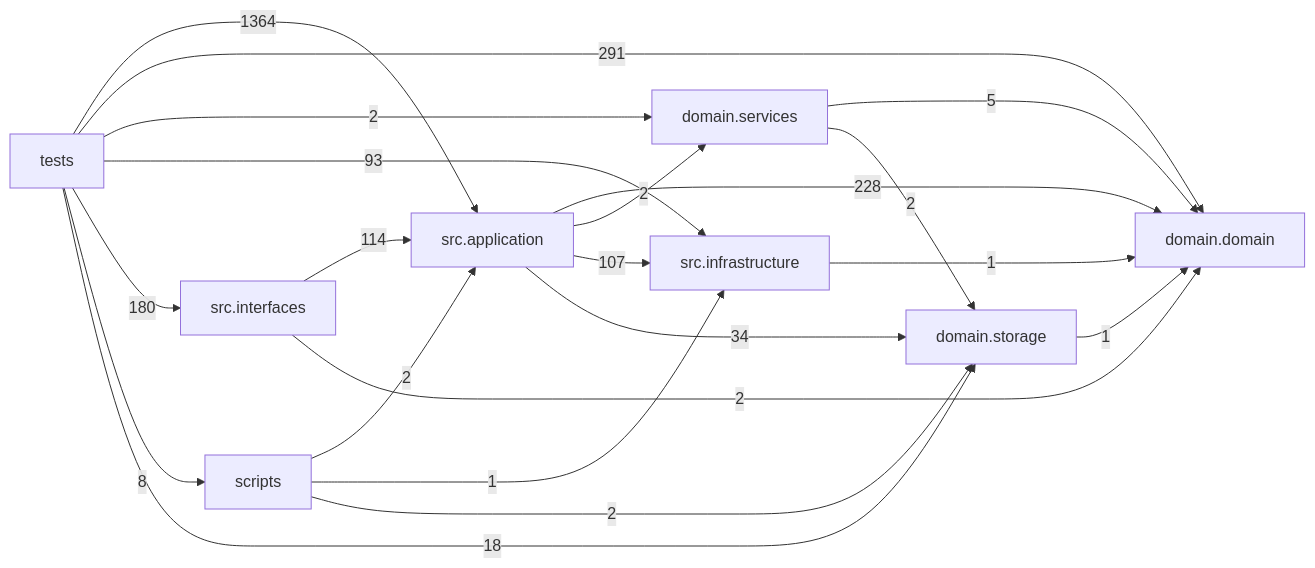
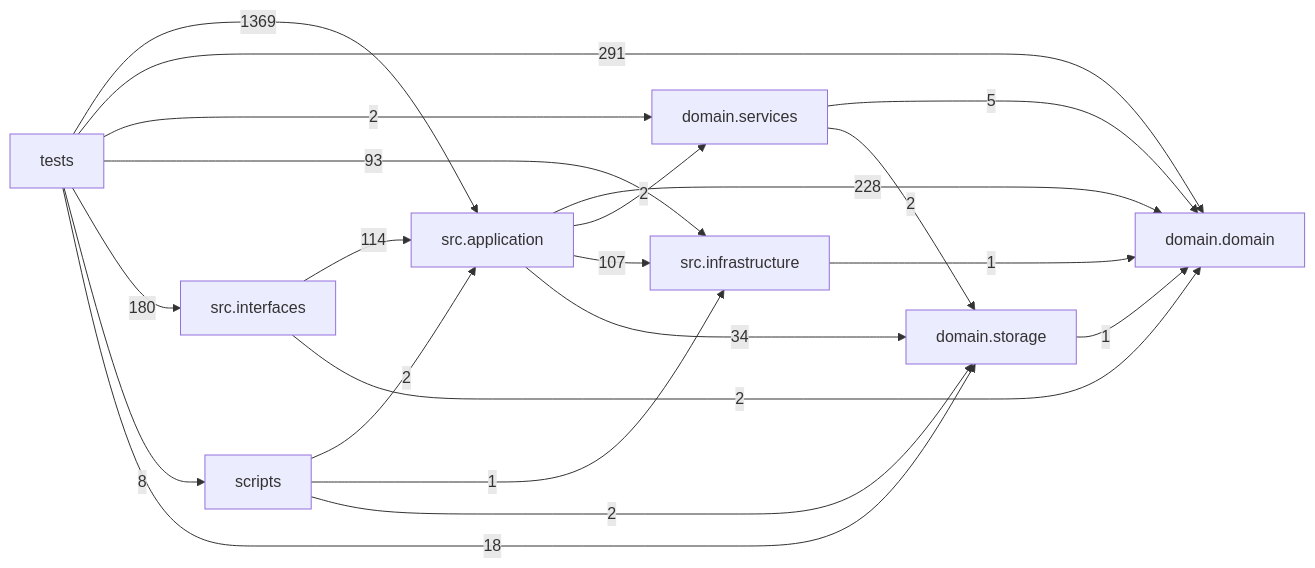
One commit to liuxie066/options-monitor changed the diagram in docs/DEPENDENCY_GRAPH.md. Above: the diagram before and after it, drawn with Mermaid. The commit also changed other lines of this file, not shown here.

Commit message:
Update dependency graph for income copilot release

````diff
--- a/docs/DEPENDENCY_GRAPH.md
+++ b/docs/DEPENDENCY_GRAPH.md
@@ -24,31 +24,31 @@
 ```mermaid
 flowchart LR
   tests["tests"]
   scripts["scripts"]
   interfaces["src.interfaces"]
   application["src.application"]
   infrastructure["src.infrastructure"]
   domain_services["domain.services"]
   domain["domain.domain"]
   storage["domain.storage"]
   application -->|228| domain
   application -->|2| domain_services
   application -->|107| infrastructure
   application -->|34| storage
   domain_services -->|5| domain
   domain_services -->|2| storage
   infrastructure -->|1| domain
   interfaces -->|114| application
   interfaces -->|2| domain
   scripts -->|2| application
   scripts -->|1| infrastructure
   scripts -->|2| storage
   storage -->|1| domain
-  tests -->|1364| application
+  tests -->|1369| application
   tests -->|291| domain
   tests -->|2| domain_services
   tests -->|93| infrastructure
   tests -->|180| interfaces
   tests -->|8| scripts
   tests -->|18| storage
 ```
````
